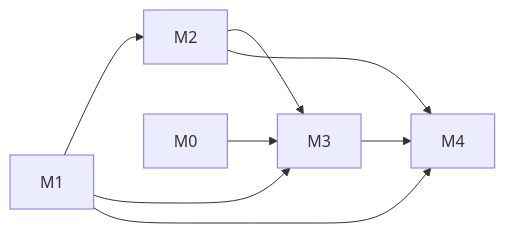
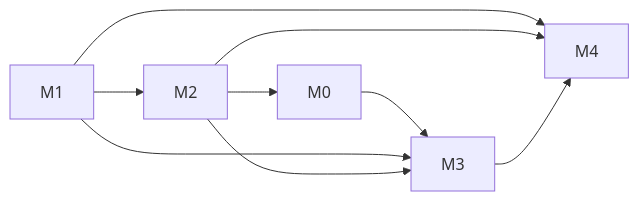
One commit to MohamedGamil/MapX changed the diagram in docs/baton/DEPENDENCIES.md. Above: the diagram before and after it, drawn with Mermaid. The commit also changed other lines of this file and 16 other files, not shown here.

````diff
--- a/docs/baton/DEPENDENCIES.md
+++ b/docs/baton/DEPENDENCIES.md
@@ -5,10 +5,11 @@
 ```mermaid
 flowchart LR
   M1 --> M2
+  M2 --> M0
   M0 --> M3
   M1 --> M3
   M2 --> M3
   M1 --> M4
   M2 --> M4
   M3 --> M4
 ```
````
